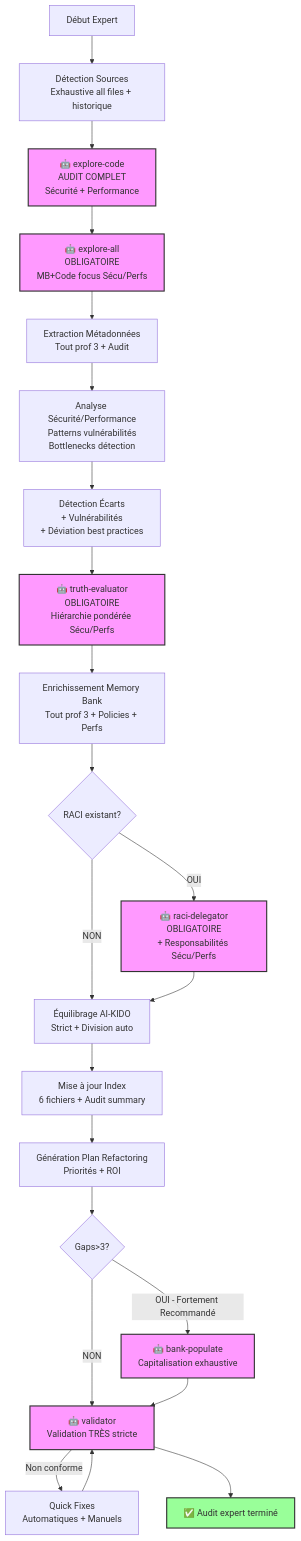
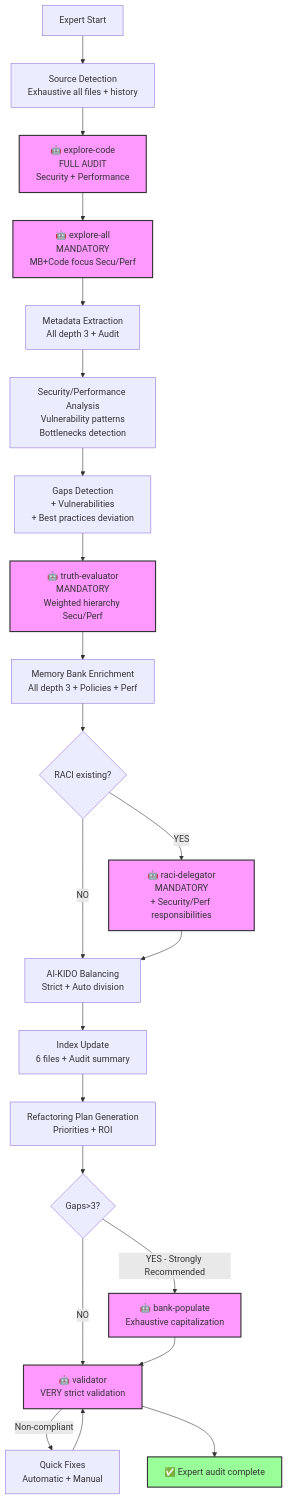
Before and after one commit to lcalmejane/aikido: the first of 3 diagrams in prompts/hard_points/system/analyse/plans/plan-expert.md, drawn with Mermaid. The commit also changed other lines of this file and 159 other files, not shown here.

````diff
--- a/prompts/hard_points/system/analyse/plans/plan-expert.md
+++ b/prompts/hard_points/system/analyse/plans/plan-expert.md
@@ -287,46 +287,46 @@
 ```mermaid
 graph TB
-    START[Début Expert] --> DETECT[Détection Sources<br/>Exhaustive all files + historique]
-    DETECT --> SCAN[🤖 explore-code<br/>AUDIT COMPLET<br/>Sécurité + Performance]
+    START[Expert Start] --> DETECT[Source Detection<br/>Exhaustive all files + history]
+    DETECT --> SCAN[🤖 explore-code<br/>FULL AUDIT<br/>Security + Performance]
 
-    SCAN --> PARALLEL[🤖 explore-all<br/>OBLIGATOIRE<br/>MB+Code focus Sécu/Perfs]
+    SCAN --> PARALLEL[🤖 explore-all<br/>MANDATORY<br/>MB+Code focus Secu/Perf]
 
-    PARALLEL --> EXTRACT[Extraction Métadonnées<br/>Tout prof 3 + Audit]
+    PARALLEL --> EXTRACT[Metadata Extraction<br/>All depth 3 + Audit]
 
-    EXTRACT --> AUDIT[Analyse Sécurité/Performance<br/>Patterns vulnérabilités<br/>Bottlenecks détection]
+    EXTRACT --> AUDIT[Security/Performance Analysis<br/>Vulnerability patterns<br/>Bottlenecks detection]
 
-    AUDIT --> GAPS[Détection Écarts<br/>+ Vulnérabilités<br/>+ Déviation best practices]
+    AUDIT --> GAPS[Gaps Detection<br/>+ Vulnerabilities<br/>+ Best practices deviation]
 
-    GAPS --> TRUTH[🤖 truth-evaluator<br/>OBLIGATOIRE<br/>Hiérarchie pondérée Sécu/Perfs]
+    GAPS --> TRUTH[🤖 truth-evaluator<br/>MANDATORY<br/>Weighted hierarchy Secu/Perf]
 
-    TRUTH --> ENRICH[Enrichissement Memory Bank<br/>Tout prof 3 + Policies + Perfs]
+    TRUTH --> ENRICH[Memory Bank Enrichment<br/>All depth 3 + Policies + Perf]
 
-    ENRICH --> RACI{RACI existant?}
-    RACI -->|OUI| CLASSIFY[🤖 raci-delegator<br/>OBLIGATOIRE<br/>+ Responsabilités Sécu/Perfs]
-    RACI -->|NON| BALANCE
+    ENRICH --> RACI{RACI existing?}
+    RACI -->|YES| CLASSIFY[🤖 raci-delegator<br/>MANDATORY<br/>+ Security/Perf responsibilities]
+    RACI -->|NO| BALANCE
 
-    CLASSIFY --> BALANCE[Équilibrage AI-KIDO<br/>Strict + Division auto]
+    CLASSIFY --> BALANCE[AI-KIDO Balancing<br/>Strict + Auto division]
 
-    BALANCE --> INDEX[Mise à jour Index<br/>6 fichiers + Audit summary]
+    BALANCE --> INDEX[Index Update<br/>6 files + Audit summary]
 
-    INDEX --> PLAN[Génération Plan Refactoring<br/>Priorités + ROI]
+    INDEX --> PLAN[Refactoring Plan Generation<br/>Priorities + ROI]
 
     PLAN --> POPULATE{Gaps>3?}
-    POPULATE -->|OUI - Fortement Recommandé| BANKPOP[🤖 bank-populate<br/>Capitalisation exhaustive]
-    POPULATE -->|NON| VALIDATE
+    POPULATE -->|YES - Strongly Recommended| BANKPOP[🤖 bank-populate<br/>Exhaustive capitalization]
+    POPULATE -->|NO| VALIDATE
 
-    BANKPOP --> VALIDATE[🤖 validator<br/>Validation TRÈS stricte]
+    BANKPOP --> VALIDATE[🤖 validator<br/>VERY strict validation]
 
-    VALIDATE -->|Non conforme| FIX[Quick Fixes<br/>Automatiques + Manuels]
+    VALIDATE -->|Non-compliant| FIX[Quick Fixes<br/>Automatic + Manual]
     FIX --> VALIDATE
 
-    VALIDATE --> END[✅ Audit expert terminé]
+    VALIDATE --> END[✅ Expert audit complete]
 
     style SCAN fill:#f9f,stroke:#333,stroke-width:2px
     style PARALLEL fill:#f9f,stroke:#333,stroke-width:2px
     style TRUTH fill:#f9f,stroke:#333,stroke-width:2px
     style CLASSIFY fill:#f9f,stroke:#333,stroke-width:2px
     style BANKPOP fill:#f9f,stroke:#333,stroke-width:2px
     style VALIDATE fill:#f9f,stroke:#333,stroke-width:2px
     style END fill:#9f9,stroke:#333,stroke-width:2px
 ```
````
